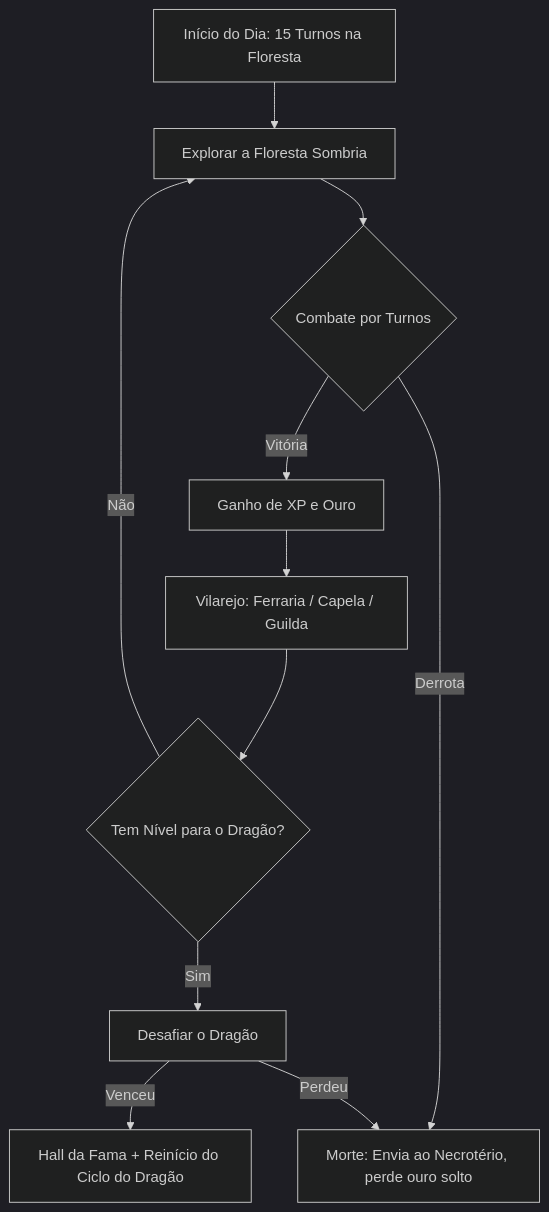
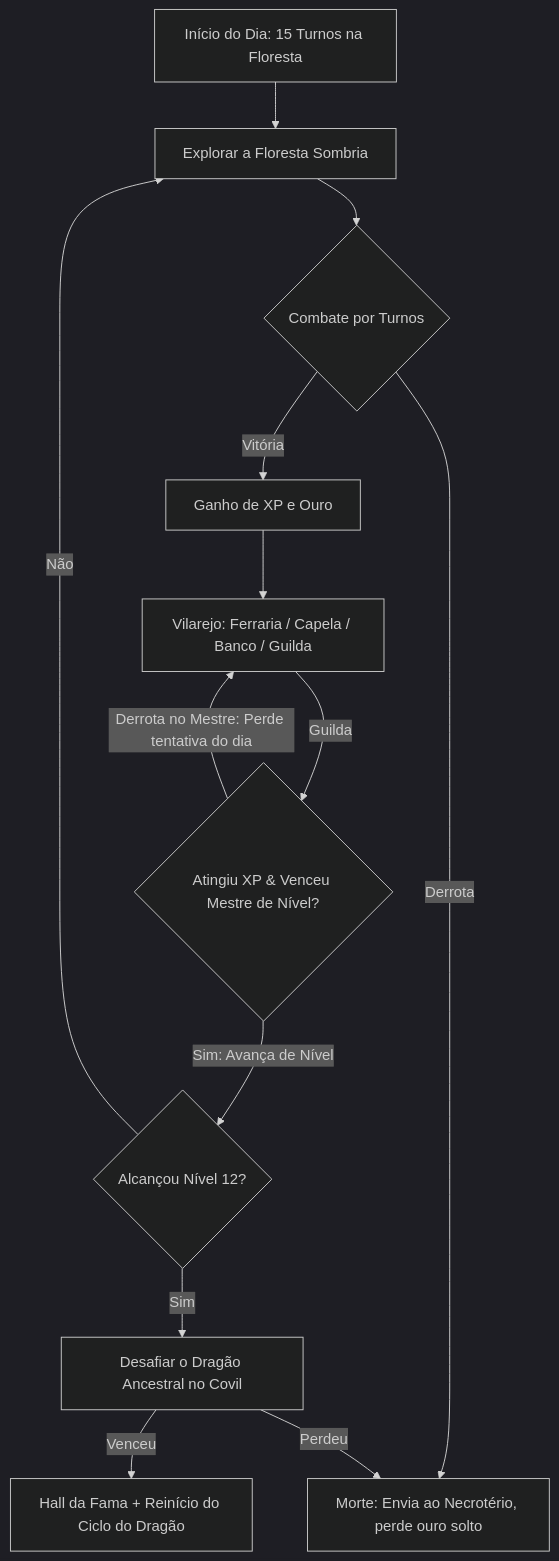
One commit to cmellojr/lotgd changed the diagram in docs/GDD.md. Above: the diagram before and after it, drawn with Mermaid (dark theme). The commit also changed other lines of this file and 2 other files, not shown here.

````diff
--- a/docs/GDD.md
+++ b/docs/GDD.md
@@ -16,13 +17,15 @@
 ```mermaid
 graph TD
     A[Início do Dia: 15 Turnos na Floresta] --> B[Explorar a Floresta Sombria]
     B --> C{Combate por Turnos}
     C -->|Vitória| D[Ganho de XP e Ouro]
     C -->|Derrota| E[Morte: Envia ao Necrotério, perde ouro solto]
-    D --> F[Vilarejo: Ferraria / Capela / Guilda]
-    F --> G{Tem Nível para o Dragão?}
-    G -->|Sim| H[Desafiar o Dragão]
-    G -->|Não| B
-    H -->|Venceu| I[Hall da Fama + Reinício do Ciclo do Dragão]
-    H -->|Perdeu| E
+    D --> F[Vilarejo: Ferraria / Capela / Banco / Guilda]
+    F -->|Guilda| G{Atingiu XP & Venceu Mestre de Nível?}
+    G -->|Sim: Avança de Nível| H{Alcançou Nível 12?}
+    G -->|Derrota no Mestre: Perde tentativa do dia| F
+    H -->|Sim| I[Desafiar o Dragão Ancestral no Covil]
+    H -->|Não| B
+    I -->|Venceu| J[Hall da Fama + Reinício do Ciclo do Dragão]
+    I -->|Perdeu| E
 ```
````
